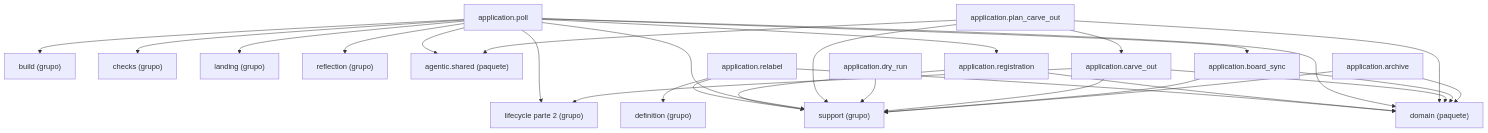
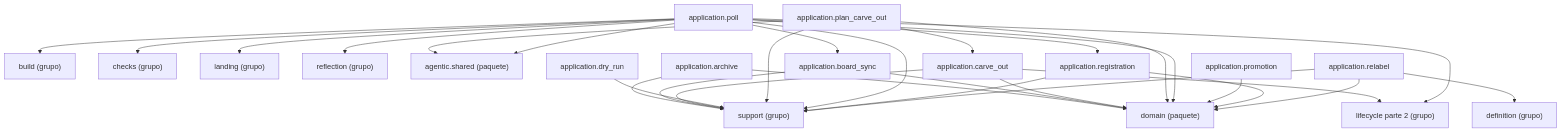
The diagram in docs/architecture/generated/packages-process-application-lifecycle-1.md (GonzaloZevallos/agentic-system), drawn with Mermaid before and after one commit. The commit also changed 3 other files, not shown here.

First line of the commit message:
Move promotion to the lifecycle docs cluster so the build diagrams fit the budget again

````diff
--- a/docs/architecture/generated/packages-process-application-lifecycle-1.md
+++ b/docs/architecture/generated/packages-process-application-lifecycle-1.md
@@ -16,47 +16,49 @@
 ```mermaid
 graph TD
     g_application__build["build (grupo)"]
     g_application__checks["checks (grupo)"]
     g_application__definition["definition (grupo)"]
     g_application__landing["landing (grupo)"]
     g_application__lifecycle__2["lifecycle parte 2 (grupo)"]
     g_application__reflection["reflection (grupo)"]
     g_application__support["support (grupo)"]
     g_pkg__agentic__shared["agentic.shared (paquete)"]
     g_pkg__domain["domain (paquete)"]
     m_application__archive["application.archive"]
     m_application__board_sync["application.board_sync"]
     m_application__carve_out["application.carve_out"]
     m_application__dry_run["application.dry_run"]
     m_application__plan_carve_out["application.plan_carve_out"]
     m_application__poll["application.poll"]
+    m_application__promotion["application.promotion"]
     m_application__registration["application.registration"]
     m_application__relabel["application.relabel"]
     m_application__archive --> g_application__support
     m_application__archive --> g_pkg__domain
     m_application__board_sync --> g_application__support
     m_application__board_sync --> g_pkg__domain
     m_application__carve_out --> g_application__lifecycle__2
     m_application__carve_out --> g_application__support
     m_application__carve_out --> g_pkg__domain
     m_application__dry_run --> g_application__support
     m_application__plan_carve_out --> g_application__support
     m_application__plan_carve_out --> g_pkg__agentic__shared
     m_application__plan_carve_out --> g_pkg__domain
     m_application__plan_carve_out --> m_application__carve_out
     m_application__poll --> g_application__build
     m_application__poll --> g_application__checks
     m_application__poll --> g_application__landing
     m_application__poll --> g_application__lifecycle__2
     m_application__poll --> g_application__reflection
     m_application__poll --> g_application__support
     m_application__poll --> g_pkg__agentic__shared
     m_application__poll --> g_pkg__domain
     m_application__poll --> m_application__board_sync
     m_application__poll --> m_application__registration
+    m_application__promotion --> g_pkg__domain
     m_application__registration --> g_application__support
     m_application__registration --> g_pkg__domain
     m_application__relabel --> g_application__definition
     m_application__relabel --> g_application__support
     m_application__relabel --> g_pkg__domain
 ```
````
